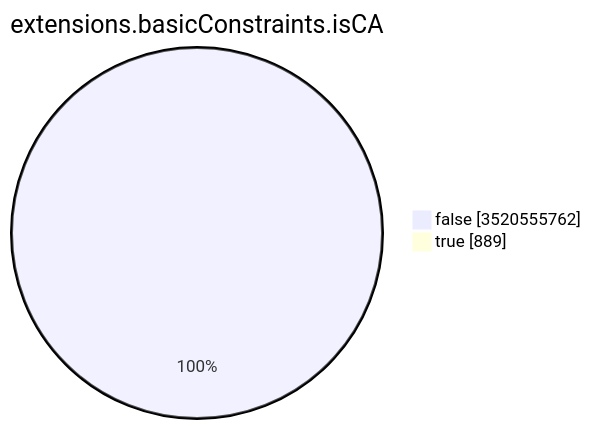
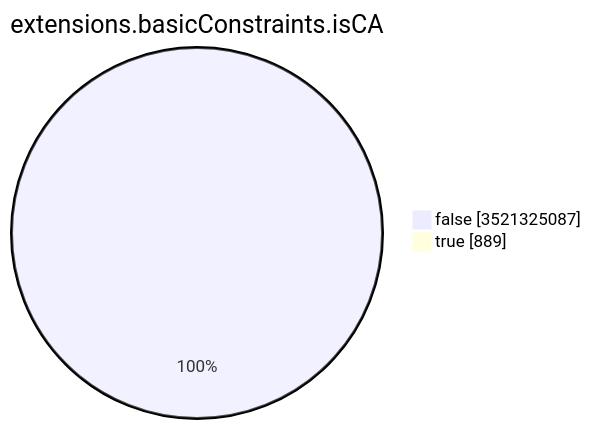
The seventh of 15 diagrams in TOTAL/README.md (christiankrug/ctmonitor_visualization), drawn with Mermaid before and after one commit. The commit also changed other lines of this file, not shown here.

````diff
--- a/TOTAL/README.md
+++ b/TOTAL/README.md
@@ -3094,6 +3094,6 @@
 ```mermaid
 pie showData
 title extensions.basicConstraints.isCA
-"false" :3520555762
+"false" :3521325087
 "true" :889
 ```
````
